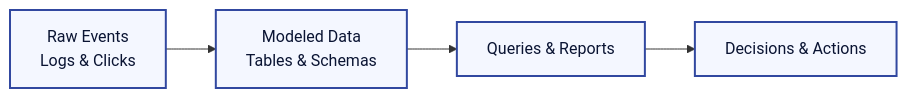
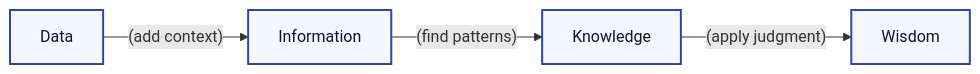
The diagram in docs/dbms/ch0-foundations.md (ehsan18t/interdocs), drawn with Mermaid before and after one commit. The commit also changed other lines of this file and 3 other files, not shown here.

`````diff
--- a/docs/dbms/ch0-foundations.md
+++ b/docs/dbms/ch0-foundations.md
@@ -41,8 +34,8 @@
 ```mermaid
 flowchart LR
-    Raw[Raw Events<br/>Logs & Clicks] --> Structured[Modeled Data<br/>Tables & Schemas]
-    Structured --> Queries[Queries & Reports]
-    Queries --> Insight[Decisions & Actions]
+    Data --(add context)--> Information
+    Information --(find patterns)--> Knowledge
+    Knowledge --(apply judgment)--> Wisdom
     classDef node fill:#f4f7ff,stroke:#3148a0,stroke-width:2px,color:#0a1433;
-    class Raw,Structured,Queries,Insight node;
-```
+    class Data,Information,Knowledge,Wisdom node;
+````
`````
